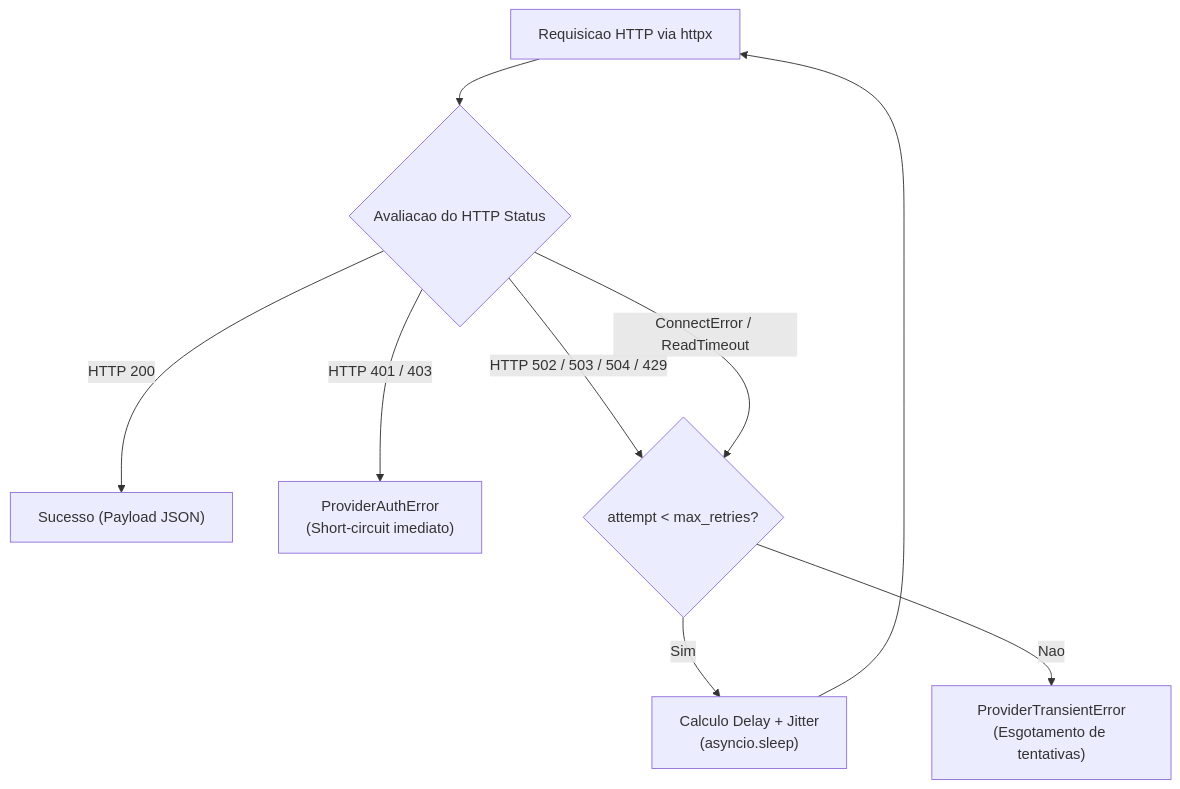
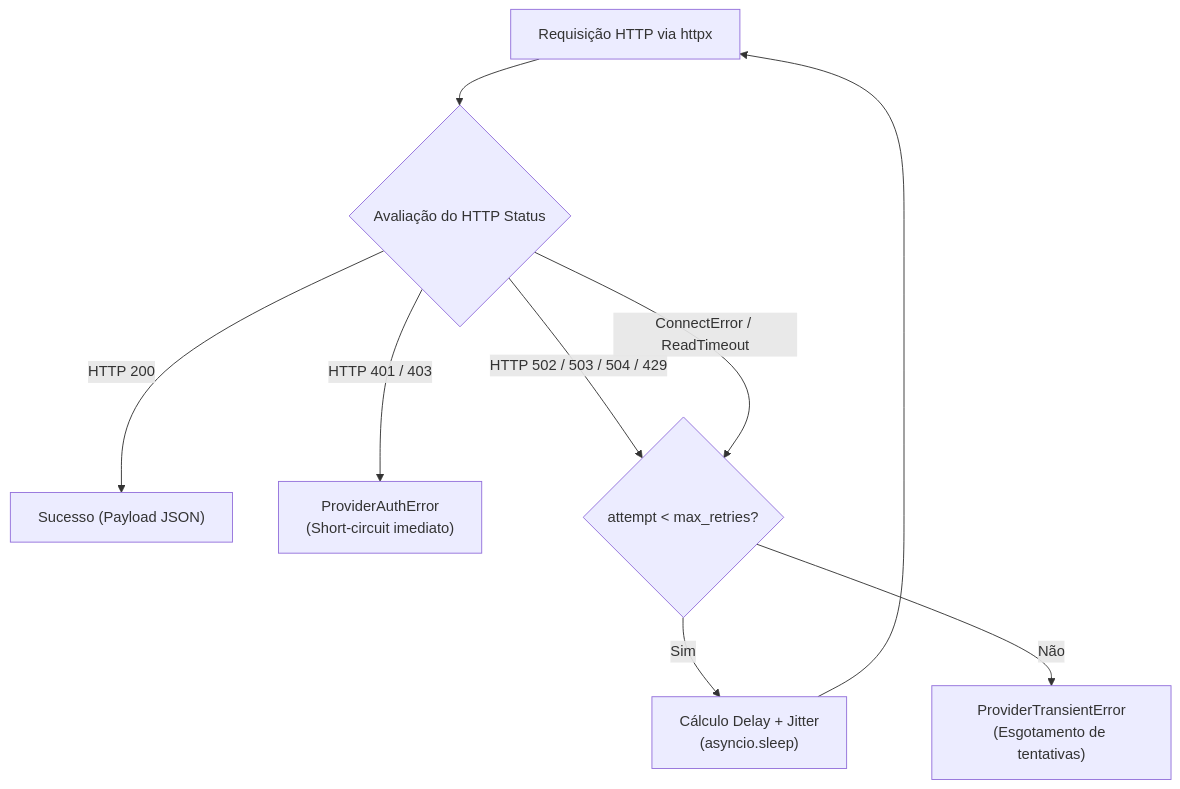
Before and after one commit to lyonpamplona/piDots: the fifth of 13 diagrams in ARCHITECTURE.md, drawn with Mermaid. The commit also changed other lines of this file and 1 other file, not shown here.

````diff
--- a/ARCHITECTURE.md
+++ b/ARCHITECTURE.md
@@ -559,12 +560,12 @@
 ```mermaid
 flowchart TD
-    Req["Requisicao HTTP via httpx"] --> CodeCheck{"Avaliacao do HTTP Status"}
+    Req["Requisição HTTP via httpx"] --> CodeCheck{"Avaliação do HTTP Status"}
     
     CodeCheck -->|HTTP 200| OK["Sucesso (Payload JSON)"]
     CodeCheck -->|HTTP 401 / 403| AuthErr["ProviderAuthError\n(Short-circuit imediato)"]
     CodeCheck -->|HTTP 502 / 503 / 504 / 429| RetryCheck{"attempt < max_retries?"}
     CodeCheck -->|ConnectError / ReadTimeout| RetryCheck
     
-    RetryCheck -->|Sim| Backoff["Calculo Delay + Jitter\n(asyncio.sleep)"] --> Req
-    RetryCheck -->|Nao| TransErr["ProviderTransientError\n(Esgotamento de tentativas)"]
+    RetryCheck -->|Sim| Backoff["Cálculo Delay + Jitter\n(asyncio.sleep)"] --> Req
+    RetryCheck -->|Não| TransErr["ProviderTransientError\n(Esgotamento de tentativas)"]
 ```
````
